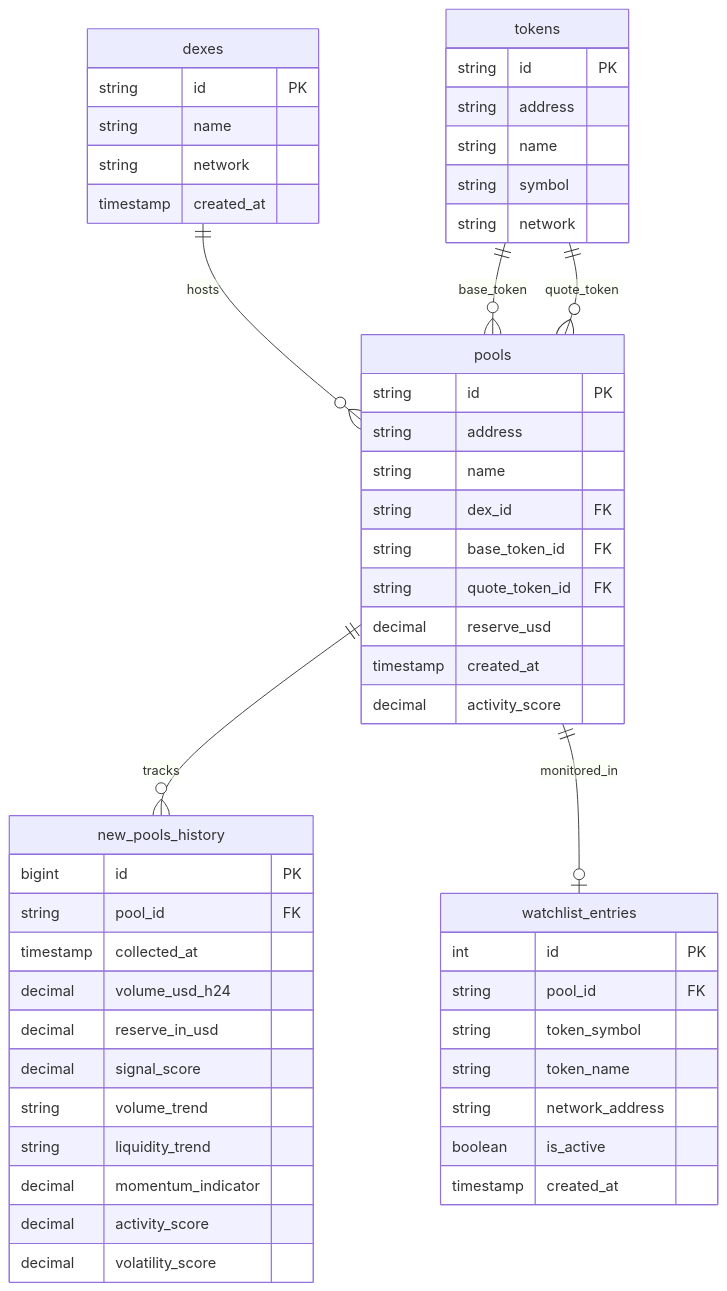
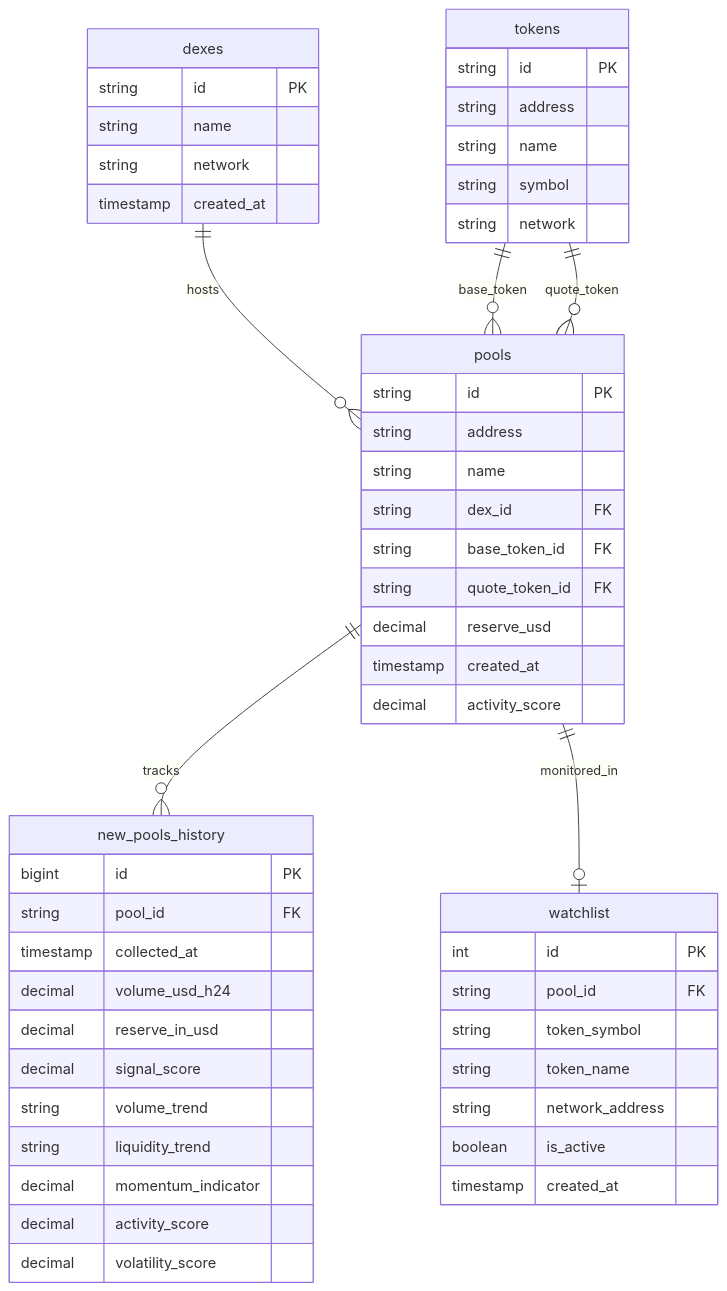
The third of 6 diagrams in SYSTEM_ARCHITECTURE_DIAGRAM.md (snogcel/geckoterminal_collector), drawn with Mermaid before and after one commit. The commit also changed other lines of this file and 1 other file, not shown here.

````diff
--- a/SYSTEM_ARCHITECTURE_DIAGRAM.md
+++ b/SYSTEM_ARCHITECTURE_DIAGRAM.md
@@ -148,59 +43,59 @@
 ```mermaid
 erDiagram
     pools {
         string id PK
         string address
         string name
         string dex_id FK
         string base_token_id FK
         string quote_token_id FK
         decimal reserve_usd
         timestamp created_at
         decimal activity_score
     }
     
     new_pools_history {
         bigint id PK
         string pool_id FK
         timestamp collected_at
         decimal volume_usd_h24
         decimal reserve_in_usd
         decimal signal_score
         string volume_trend
         string liquidity_trend
         decimal momentum_indicator
         decimal activity_score
         decimal volatility_score
     }
     
-    watchlist_entries {
+    watchlist {
         int id PK
         string pool_id FK
         string token_symbol
         string token_name
         string network_address
         boolean is_active
         timestamp created_at
     }
     
     dexes {
         string id PK
         string name
         string network
         timestamp created_at
     }
     
     tokens {
         string id PK
         string address
         string name
         string symbol
         string network
     }
     
     pools ||--o{ new_pools_history : "tracks"
-    pools ||--o| watchlist_entries : "monitored_in"
+    pools ||--o| watchlist : "monitored_in"
     dexes ||--o{ pools : "hosts"
     tokens ||--o{ pools : "base_token"
     tokens ||--o{ pools : "quote_token"
 ```
````
